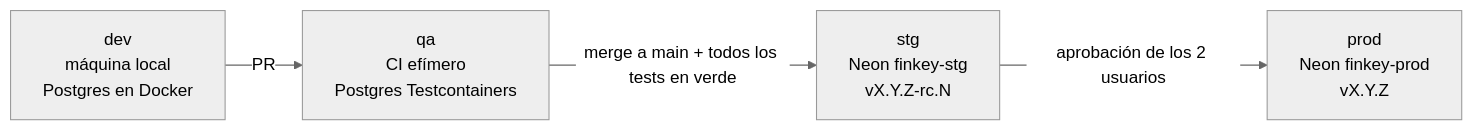
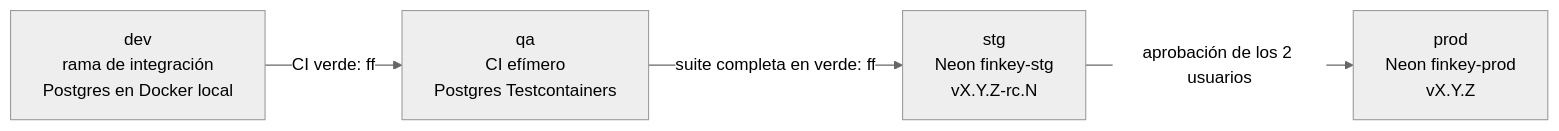
Before and after one commit to ProgAlphaX/finkey: the seventh of 7 diagrams in docs/03-architecture.md, drawn with Mermaid (neutral theme). The commit also changed other lines of this file and 4 other files, not shown here.

Commit message:
docs: align pipeline and quality docs with branch flow FK-75

````diff
--- a/docs/03-architecture.md
+++ b/docs/03-architecture.md
@@ -365,6 +365,6 @@
 ```mermaid
 flowchart LR
-  Dev["dev<br/>máquina local<br/>Postgres en Docker"] -->|PR| QA["qa<br/>CI efímero<br/>Postgres Testcontainers"]
-  QA -->|merge a main + todos los tests en verde| STG["stg<br/>Neon finkey-stg<br/>vX.Y.Z-rc.N"]
+  Dev["dev<br/>rama de integración<br/>Postgres en Docker local"] -->|CI verde: ff| QA["qa<br/>CI efímero<br/>Postgres Testcontainers"]
+  QA -->|suite completa en verde: ff| STG["stg<br/>Neon finkey-stg<br/>vX.Y.Z-rc.N"]
   STG -->|aprobación de los 2 usuarios| PROD["prod<br/>Neon finkey-prod<br/>vX.Y.Z"]
 ```
````
